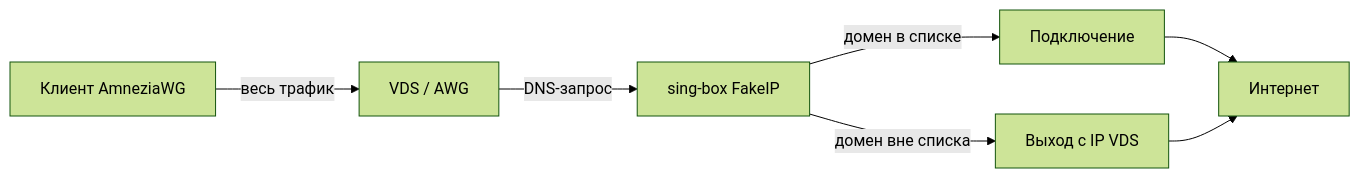
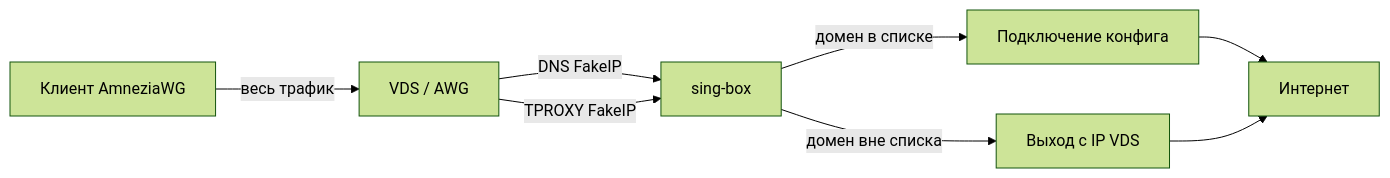
The diagram in readme/ru/resolver.md (alt-plus-255/awg-gui), drawn with Mermaid (forest theme) before and after one commit. The commit also changed other lines of this file and 14 other files, not shown here.

````diff
--- a/readme/ru/resolver.md
+++ b/readme/ru/resolver.md
@@ -25,9 +25,10 @@
 ```mermaid
 flowchart LR
   Client[Клиент AmneziaWG] -->|весь трафик| VDS[VDS / AWG]
-  VDS -->|DNS-запрос| FakeIP[sing-box FakeIP]
-  FakeIP -->|домен в списке| Conn[Подключение]
-  FakeIP -->|домен вне списка| VDSip[Выход с IP VDS]
+  VDS -->|DNS FakeIP| SB[sing-box]
+  VDS -->|TPROXY FakeIP| SB
+  SB -->|домен в списке| Conn[Подключение конфига]
+  SB -->|домен вне списка| VDSip[Выход с IP VDS]
   Conn --> Internet[Интернет]
   VDSip --> Internet
 ```
````
